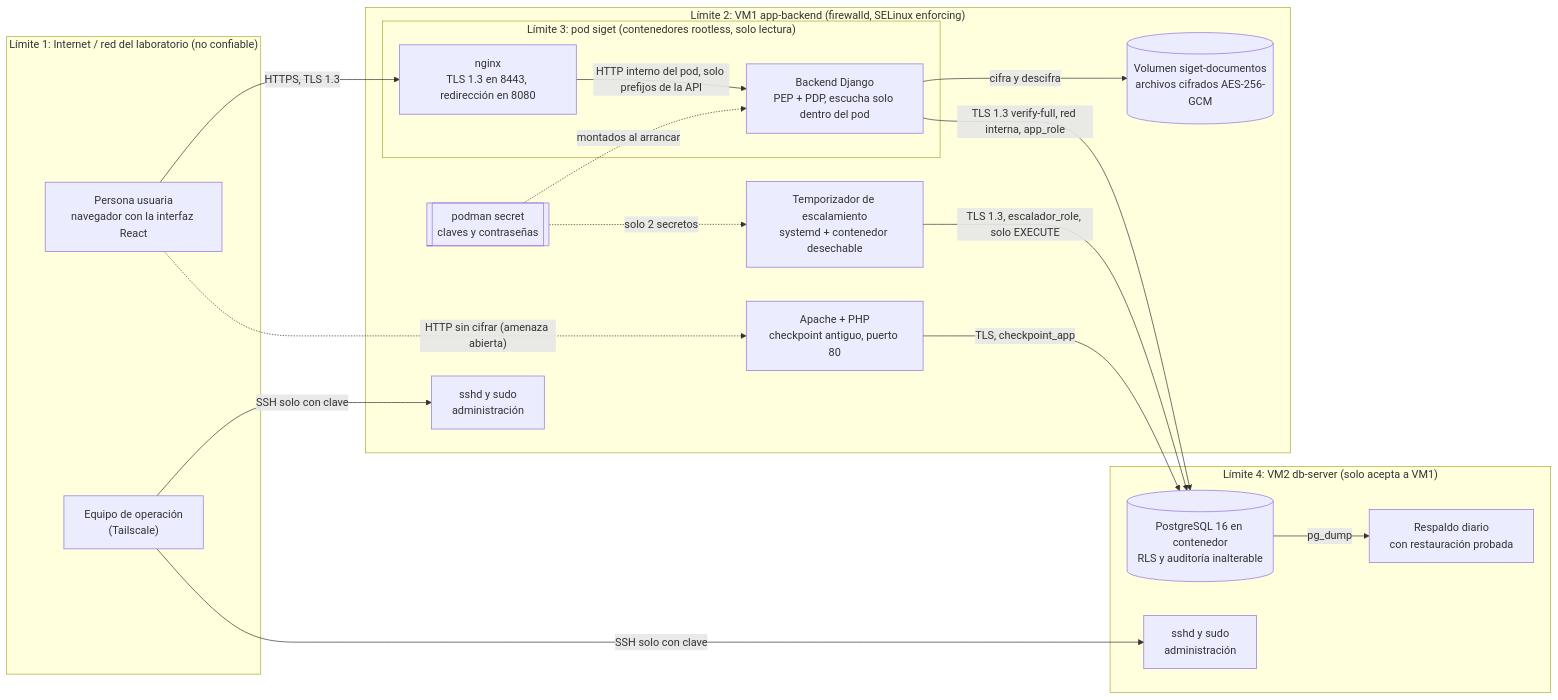
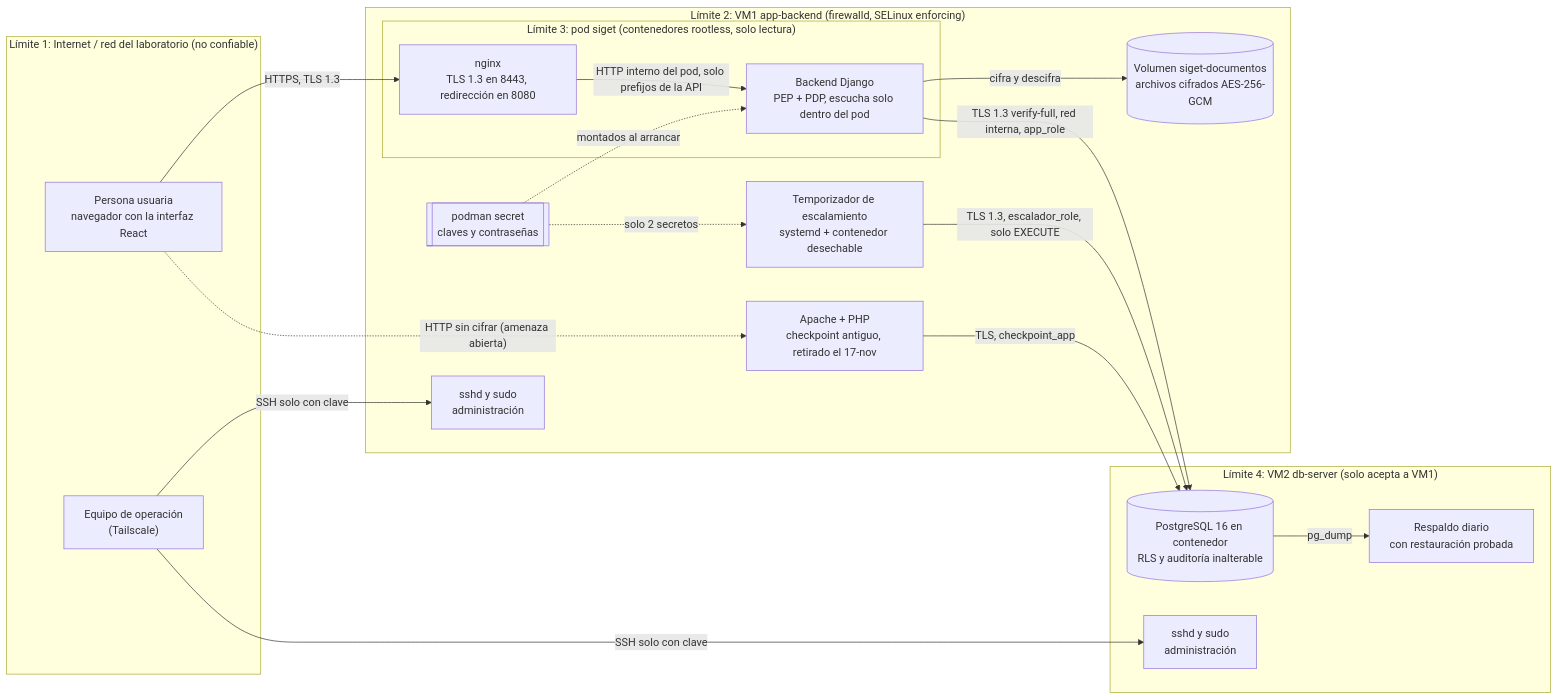
Before and after one commit to jeisonvasquez563-gif/siget: the diagram in docs/sdlc/03-modelo-de-amenazas.md, drawn with Mermaid. The commit also changed other lines of this file and 18 other files, not shown here.

Commit message:
docs: checkpoint PHP y pgAdmin web retirados, puerto 80 cerrado y copia de la clave de documentos fuera de VM1 (PT-13)

````diff
--- a/docs/sdlc/03-modelo-de-amenazas.md
+++ b/docs/sdlc/03-modelo-de-amenazas.md
@@ -25,38 +25,38 @@
 ```mermaid
 flowchart LR
   subgraph EXT["Límite 1: Internet / red del laboratorio (no confiable)"]
     U["Persona usuaria<br/>navegador con la interfaz React"]
     EQ["Equipo de operación<br/>(Tailscale)"]
   end
 
   subgraph VM1["Límite 2: VM1 app-backend (firewalld, SELinux enforcing)"]
     ADM1["sshd y sudo<br/>administración"]
-    AP["Apache + PHP<br/>checkpoint antiguo, puerto 80"]
+    AP["Apache + PHP<br/>checkpoint antiguo, retirado el 17-nov"]
     TMR["Temporizador de escalamiento<br/>systemd + contenedor desechable"]
     SEC[["podman secret<br/>claves y contraseñas"]]
     VOL[("Volumen siget-documentos<br/>archivos cifrados AES-256-GCM")]
     subgraph POD["Límite 3: pod siget (contenedores rootless, solo lectura)"]
       NG["nginx<br/>TLS 1.3 en 8443, redirección en 8080"]
       BE["Backend Django<br/>PEP + PDP, escucha solo dentro del pod"]
     end
   end
 
   subgraph VM2["Límite 4: VM2 db-server (solo acepta a VM1)"]
     ADM2["sshd y sudo<br/>administración"]
     PG[("PostgreSQL 16 en contenedor<br/>RLS y auditoría inalterable")]
     RES["Respaldo diario<br/>con restauración probada"]
   end
 
   U -->|"HTTPS, TLS 1.3"| NG
   U -.->|"HTTP sin cifrar (amenaza abierta)"| AP
   EQ -->|"SSH solo con clave"| ADM1
   EQ -->|"SSH solo con clave"| ADM2
   NG -->|"HTTP interno del pod, solo prefijos de la API"| BE
   SEC -.->|"montados al arrancar"| BE
   SEC -.->|"solo 2 secretos"| TMR
   BE -->|"cifra y descifra"| VOL
   BE -->|"TLS 1.3 verify-full, red interna, app_role"| PG
   TMR -->|"TLS 1.3, escalador_role, solo EXECUTE"| PG
   AP -->|"TLS, checkpoint_app"| PG
   PG -->|"pg_dump"| RES
 ```
````
